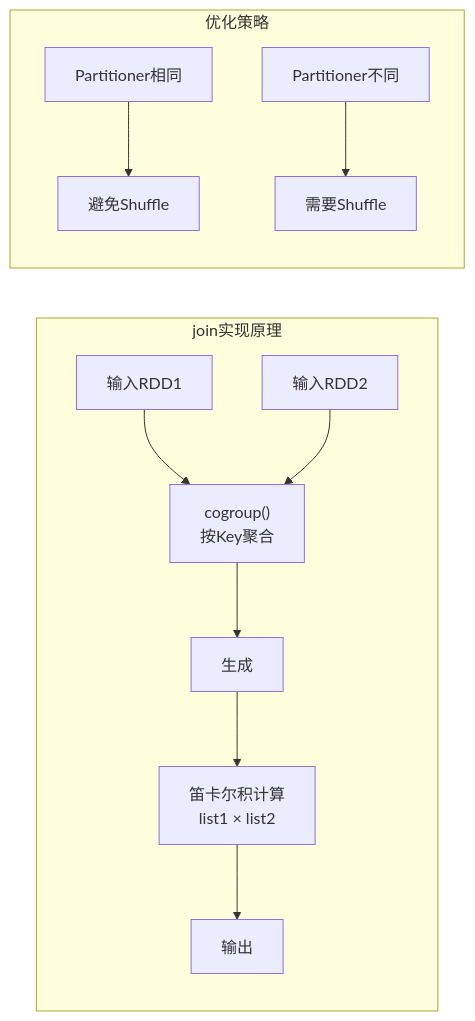
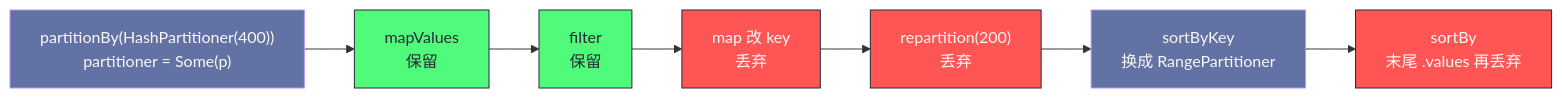
One commit to hpliStartAgain/my-brain changed the fifth of 6 diagrams in content/大数据/Spark/读书笔记-spark内核/01_核心概念与基础/3. Spark核心Transformation操作详解.md. Above: the diagram before and after it, drawn with Mermaid. The commit also changed other lines of this file and 259 other files, not shown here.

````diff
--- a/content/大数据/Spark/读书笔记-spark内核/01_核心概念与基础/3. Spark核心Transformation操作详解.md
+++ b/content/大数据/Spark/读书笔记-spark内核/01_核心概念与基础/3. Spark核心Transformation操作详解.md
@@ -671,16 +443,16 @@
 ```mermaid
+%%{init: {'theme': 'dracula'}}%%
 flowchart LR
-    subgraph "join实现原理"
-        A["输入RDD1"] --> C["cogroup()<br>按Key聚合"]
-        B["输入RDD2"] --> C
-        
-        C --> D["生成<K, (list1, list2)>"]
-        D --> E["笛卡尔积计算<br>list1 × list2"]
-        E --> F["输出<K, (v,w)>"]
-    end
-    
-    subgraph "优化策略"
-        G["Partitioner相同"] --> H["避免Shuffle"]
-        I["Partitioner不同"] --> J["需要Shuffle"]
-    end
+    P["partitionBy(HashPartitioner(400))<br/>partitioner = Some(p)"] --> A["mapValues<br/>保留"]
+    A --> B["filter<br/>保留"]
+    B --> C["map 改 key<br/>丢弃"]
+    C --> D["repartition(200)<br/>丢弃"]
+    D --> E["sortByKey<br/>换成 RangePartitioner"]
+    E --> F["sortBy<br/>末尾 .values 再丢弃"]
+    classDef keep fill:#50fa7b,stroke:#282a36,color:#282a36
+    classDef lose fill:#ff5555,stroke:#282a36,color:#f8f8f2
+    classDef neutral fill:#6272a4,stroke:#bd93f9,color:#f8f8f2
+    class A,B keep
+    class C,D,F lose
+    class P,E neutral
 ```
````
